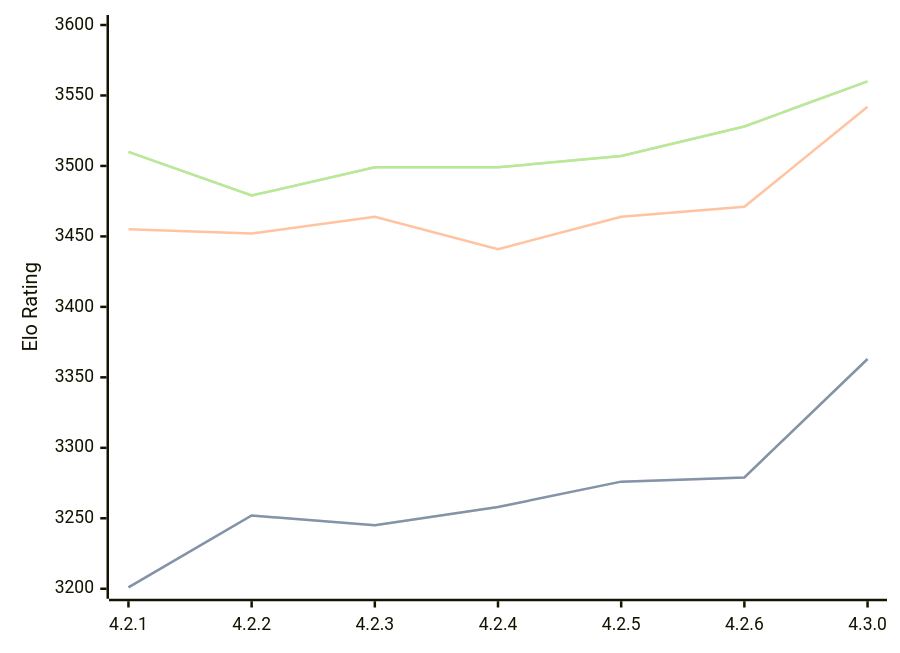
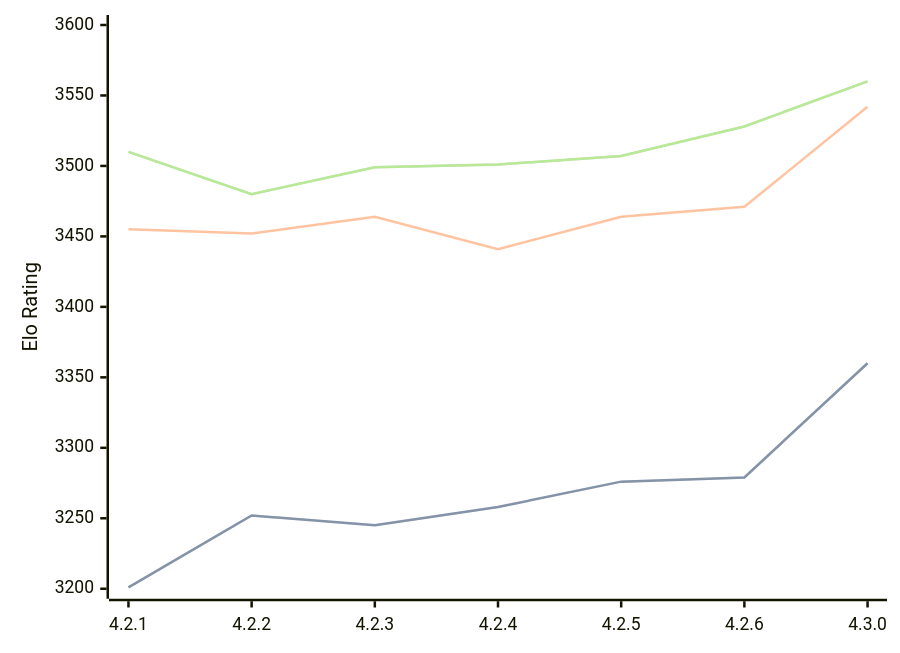
One commit to computer-chess-index/cci changed the diagram in engines/Gaia.md. Above: the diagram before and after it, drawn with Mermaid. The commit also changed other lines of this file, not shown here.

Commit message:
Update CCI Ratings (ELO VLTC) - 2026-09-18

````diff
--- a/engines/Gaia.md
+++ b/engines/Gaia.md
@@ -42,11 +42,11 @@
 ```mermaid
 %%{init: {"theme":"base","themeVariables":{"seriesColors:['#a3a3a3','#222221','#faa371']}}}%%
 xychart-beta
   x-axis ["4.2.1", "4.2.2", "4.2.3", "4.2.4", "4.2.5", "4.2.6", "4.3.0"]
   y-axis "Elo Rating" 3200 --> 3600
-  line "" [3201, 3252, 3245, 3258, 3276, 3279, 3363]
-  line "STC (8.0+0.08s)" [3201, 3252, 3245, 3258, 3276, 3279, 3363]
+  line "" [3201, 3252, 3245, 3258, 3276, 3279, 3360]
+  line "STC (8.0+0.08s)" [3201, 3252, 3245, 3258, 3276, 3279, 3360]
   line "LTC (60.0+0.60s)" [3455, 3452, 3464, 3441, 3464, 3471, 3542]
-  line "" [3510, 3479, 3499, 3499, 3507, 3528, 3560]
-  line "VLTC (2m24s+1.12s)" [3510, 3479, 3499, 3499, 3507, 3528, 3560]
+  line "" [3510, 3480, 3499, 3501, 3507, 3528, 3560]
+  line "VLTC (2m24s+1.12s)" [3510, 3480, 3499, 3501, 3507, 3528, 3560]
 ```
````
